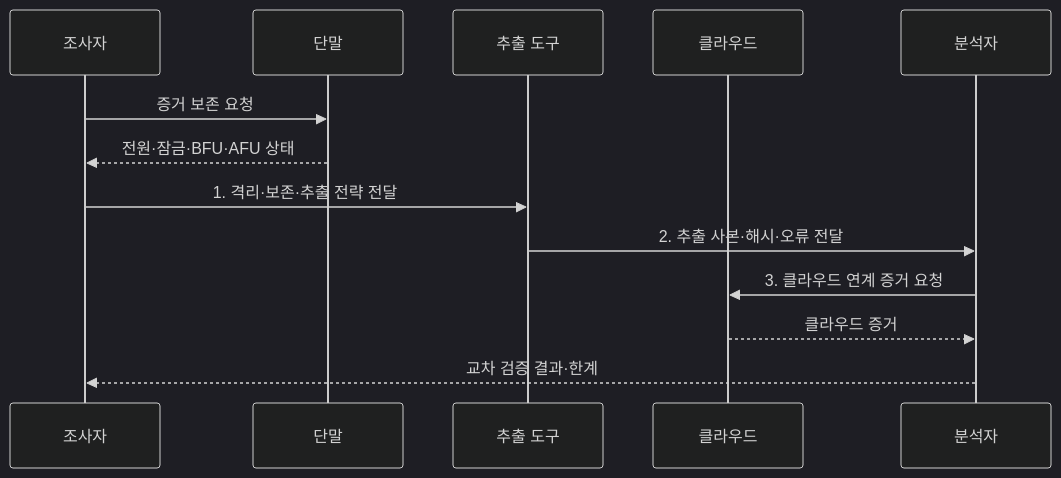
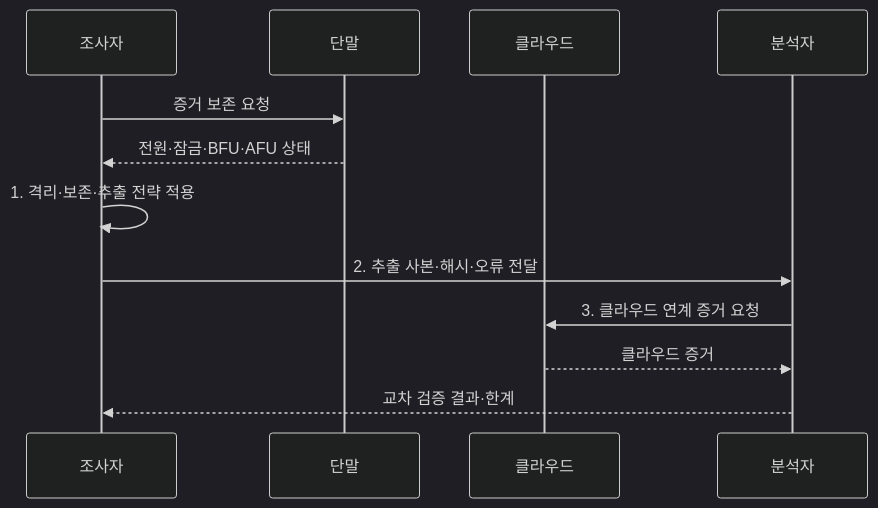
One commit to agnusdei1207/knowledge-base changed the second of 2 diagrams in src/content/docs/notes/05-security/115_mobile_forensics.md. Above: the diagram before and after it, drawn with Mermaid (dark theme). The commit also changed other lines of this file and 6 other files, not shown here.

Commit message:
Simplify governance and forensics sequences

````diff
--- a/src/content/docs/notes/05-security/115_mobile_forensics.md
+++ b/src/content/docs/notes/05-security/115_mobile_forensics.md
@@ -97,15 +97,14 @@
 ```mermaid
 sequenceDiagram
   participant I as 조사자
   participant D as 단말
-  participant T as 추출 도구
   participant C as 클라우드
   participant A as 분석자
   I->>D: 증거 보존 요청
   D-->>I: 전원·잠금·BFU·AFU 상태
-  I->>T: 1. 격리·보존·추출 전략 전달
-  T->>A: 2. 추출 사본·해시·오류 전달
+  I->>I: 1. 격리·보존·추출 전략 적용
+  I->>A: 2. 추출 사본·해시·오류 전달
   A->>C: 3. 클라우드 연계 증거 요청
   C-->>A: 클라우드 증거
   A-->>I: 교차 검증 결과·한계
 ```
````
